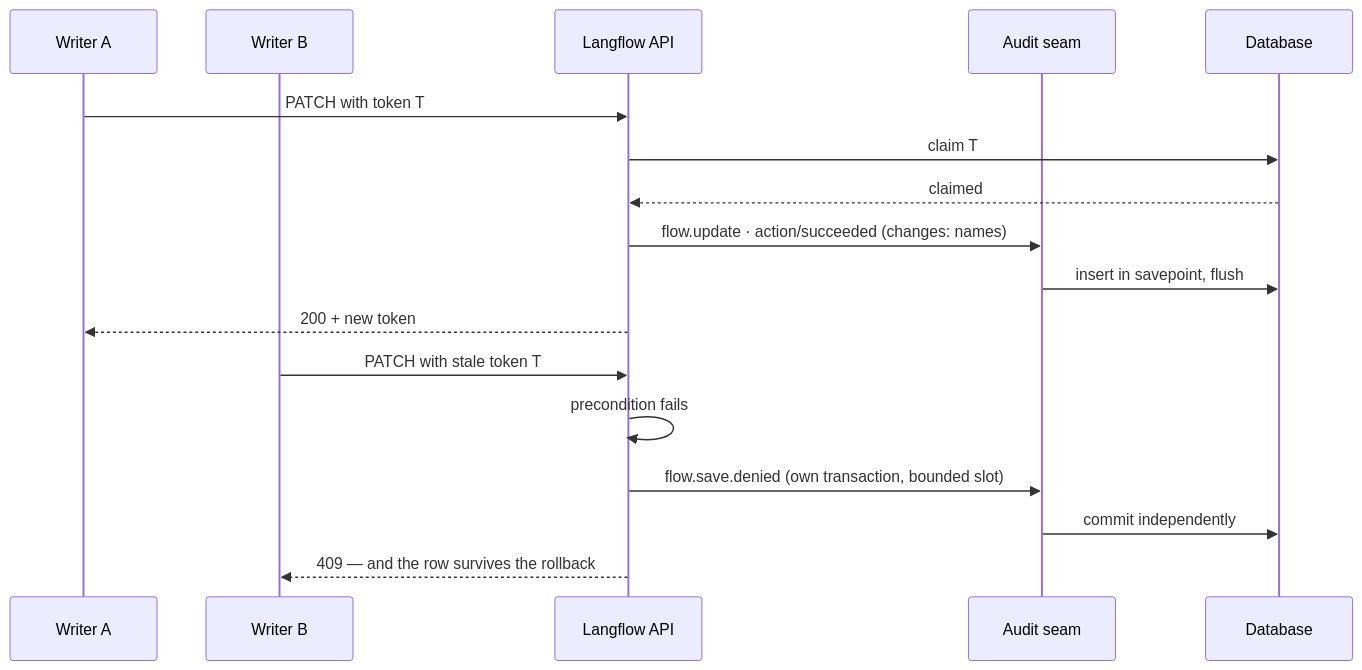
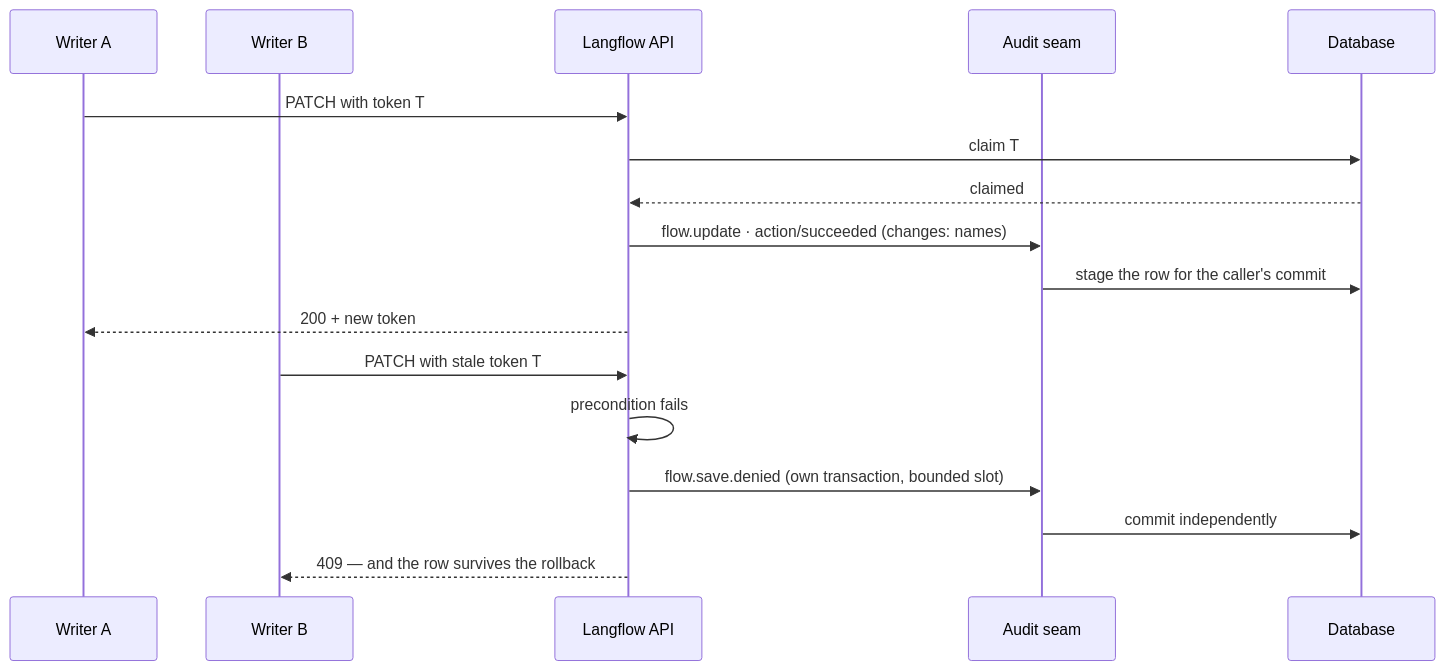
Before and after one commit to langflow-ai/langflow: the second of 2 diagrams in docs/features/application-audit-log.md, drawn with Mermaid. The commit also changed other lines of this file and 6 other files, not shown here.

````diff
--- a/docs/features/application-audit-log.md
+++ b/docs/features/application-audit-log.md
@@ -426,21 +462,21 @@
 ```mermaid
 sequenceDiagram
   participant A as Writer A
   participant B as Writer B
   participant API as Langflow API
   participant AU as Audit seam
   participant DB as Database
 
   A->>API: PATCH with token T
   API->>DB: claim T
   DB-->>API: claimed
   API->>AU: flow.update · action/succeeded (changes: names)
-  AU->>DB: insert in savepoint, flush
+  AU->>DB: stage the row for the caller's commit
   API-->>A: 200 + new token
 
   B->>API: PATCH with stale token T
   API->>API: precondition fails
   API->>AU: flow.save.denied (own transaction, bounded slot)
   AU->>DB: commit independently
   API-->>B: 409 — and the row survives the rollback
 ```
````
